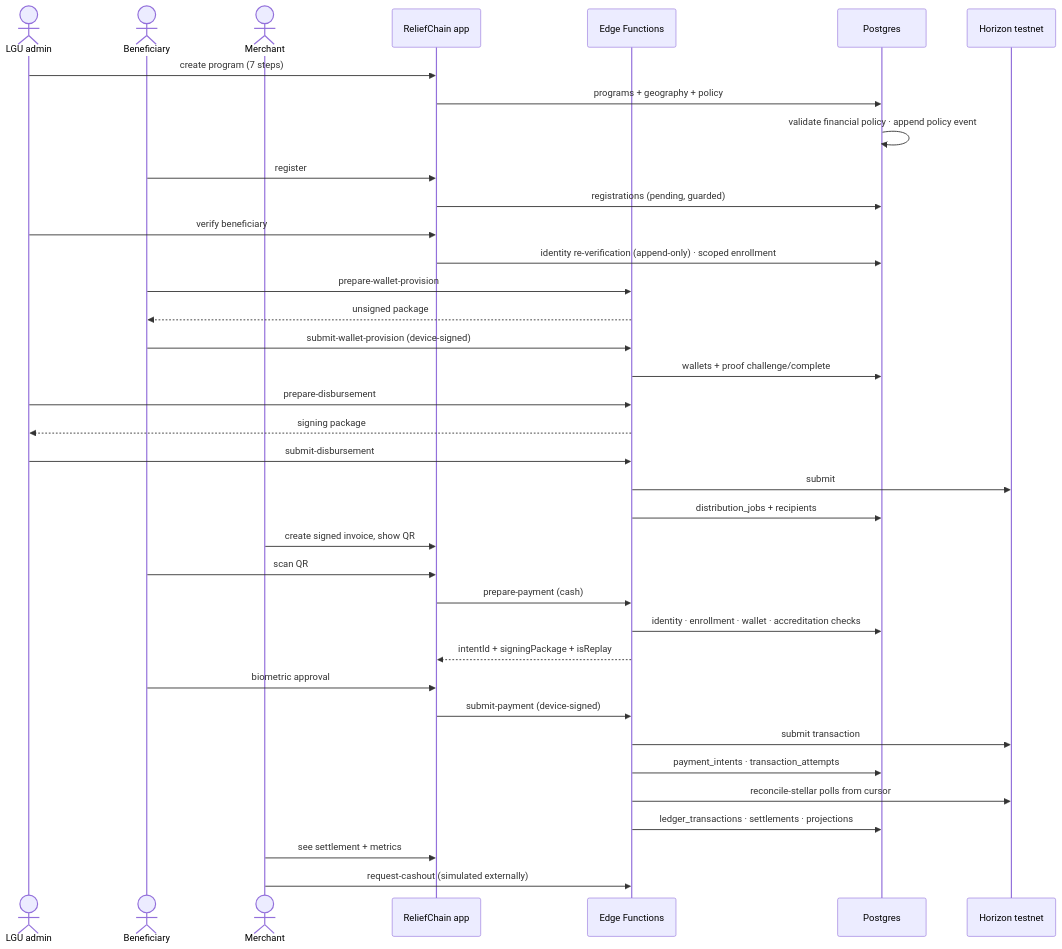
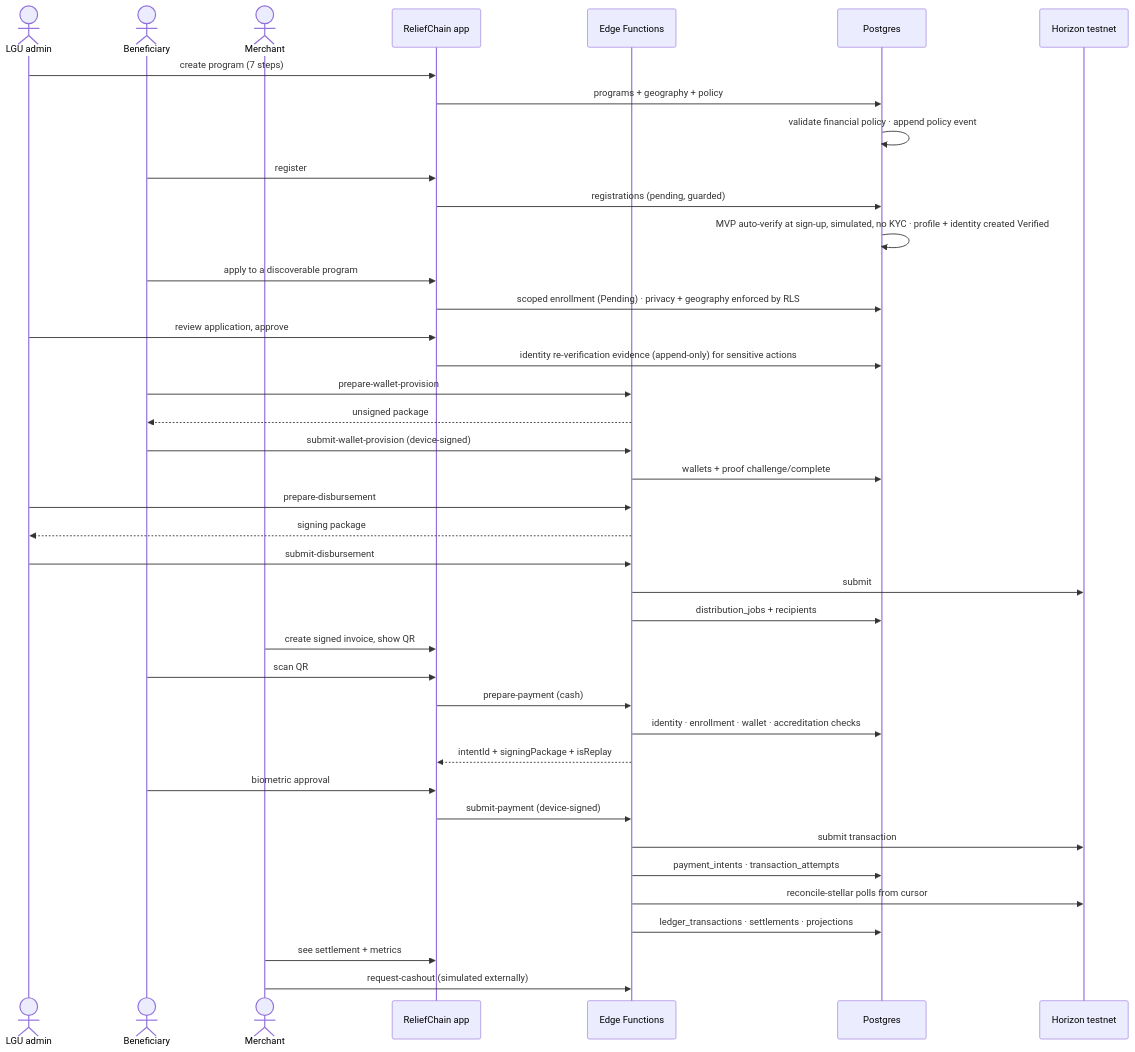
Before and after one commit to ejay-detera/relief-chain: the third of 6 diagrams in docs/flow-reliefchain.md, drawn with Mermaid. The commit also changed other lines of this file and 25 other files, not shown here.

First line of the commit message:
feat(beneficiary): add auto-verify for new beneficiaries and geography-based program discovery

````diff
--- a/docs/flow-reliefchain.md
+++ b/docs/flow-reliefchain.md
@@ -161,45 +161,48 @@
 ```mermaid
 sequenceDiagram
   actor L as LGU admin
   actor B as Beneficiary
   actor M as Merchant
   participant APP as ReliefChain app
   participant E as Edge Functions
   participant DB as Postgres
   participant H as Horizon testnet
 
   L->>APP: create program (7 steps)
   APP->>DB: programs + geography + policy
   DB->>DB: validate financial policy · append policy event
 
   B->>APP: register
   APP->>DB: registrations (pending, guarded)
-  L->>APP: verify beneficiary
-  APP->>DB: identity re-verification (append-only) · scoped enrollment
+  DB->>DB: MVP auto-verify at sign-up, simulated, no KYC · profile + identity created Verified
+  B->>APP: apply to a discoverable program
+  APP->>DB: scoped enrollment (Pending) · privacy + geography enforced by RLS
+  L->>APP: review application, approve
+  APP->>DB: identity re-verification evidence (append-only) for sensitive actions
 
   B->>E: prepare-wallet-provision
   E-->>B: unsigned package
   B->>E: submit-wallet-provision (device-signed)
   E->>DB: wallets + proof challenge/complete
 
   L->>E: prepare-disbursement
   E-->>L: signing package
   L->>E: submit-disbursement
   E->>H: submit
   E->>DB: distribution_jobs + recipients
 
   M->>APP: create signed invoice, show QR
   B->>APP: scan QR
   APP->>E: prepare-payment (cash)
   E->>DB: identity · enrollment · wallet · accreditation checks
   E-->>APP: intentId + signingPackage + isReplay
   B->>APP: biometric approval
   APP->>E: submit-payment (device-signed)
   E->>H: submit transaction
   E->>DB: payment_intents · transaction_attempts
 
   E->>H: reconcile-stellar polls from cursor
   E->>DB: ledger_transactions · settlements · projections
   M->>APP: see settlement + metrics
   M->>E: request-cashout (simulated externally)
 ```
````
